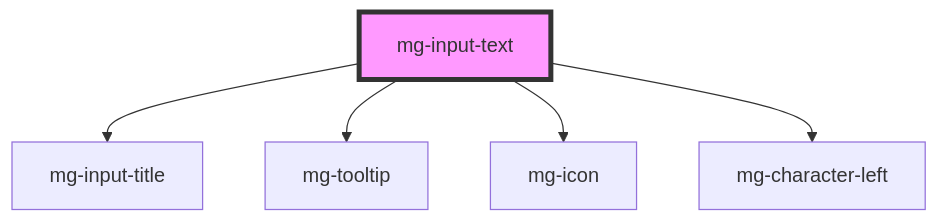
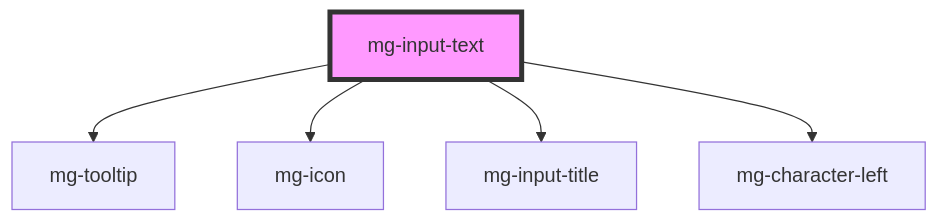
Before and after one commit to MGDIS/mg-components: the diagram in src/components/molecules/inputs/mg-input-text/readme.md, drawn with Mermaid. The commit also changed other lines of this file and 50 other files, not shown here.

````diff
--- a/src/components/molecules/inputs/mg-input-text/readme.md
+++ b/src/components/molecules/inputs/mg-input-text/readme.md
@@ -48,8 +48,8 @@
 ```mermaid
 graph TD;
-  mg-input-text --> mg-input-title
   mg-input-text --> mg-tooltip
   mg-input-text --> mg-icon
+  mg-input-text --> mg-input-title
   mg-input-text --> mg-character-left
   style mg-input-text fill:#f9f,stroke:#333,stroke-width:4px
 ```
````
